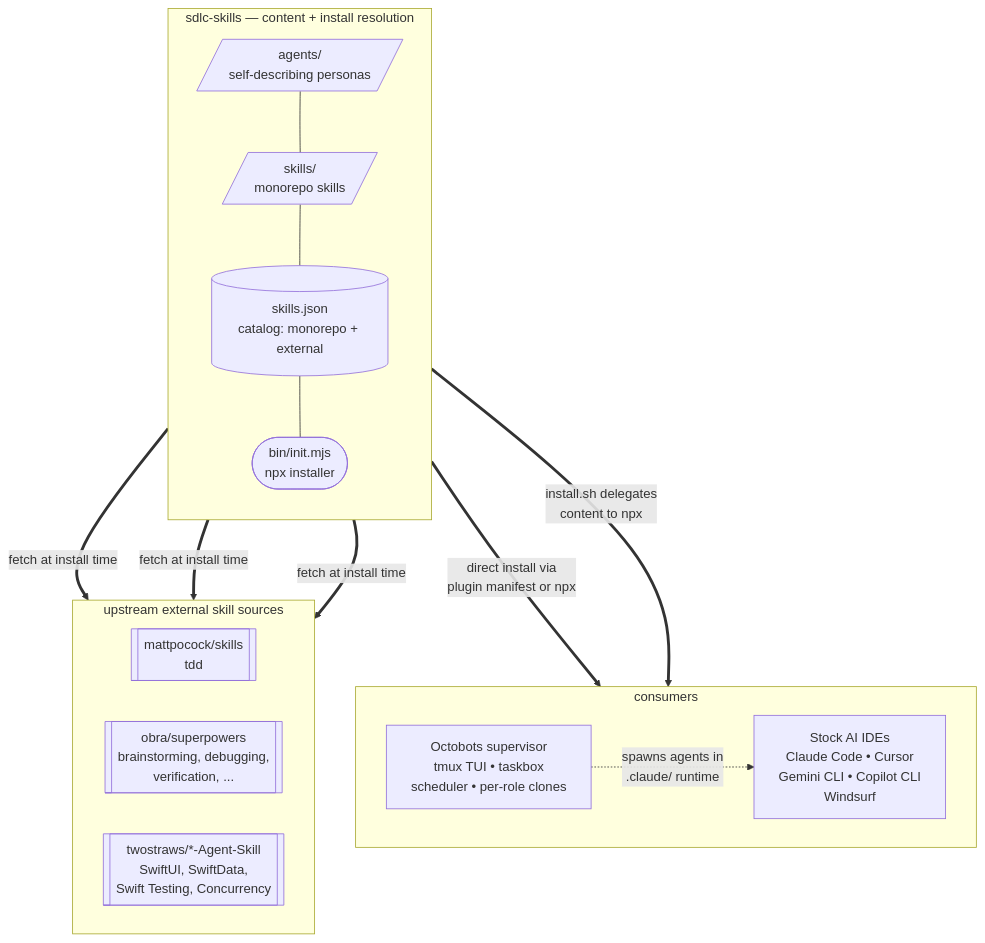
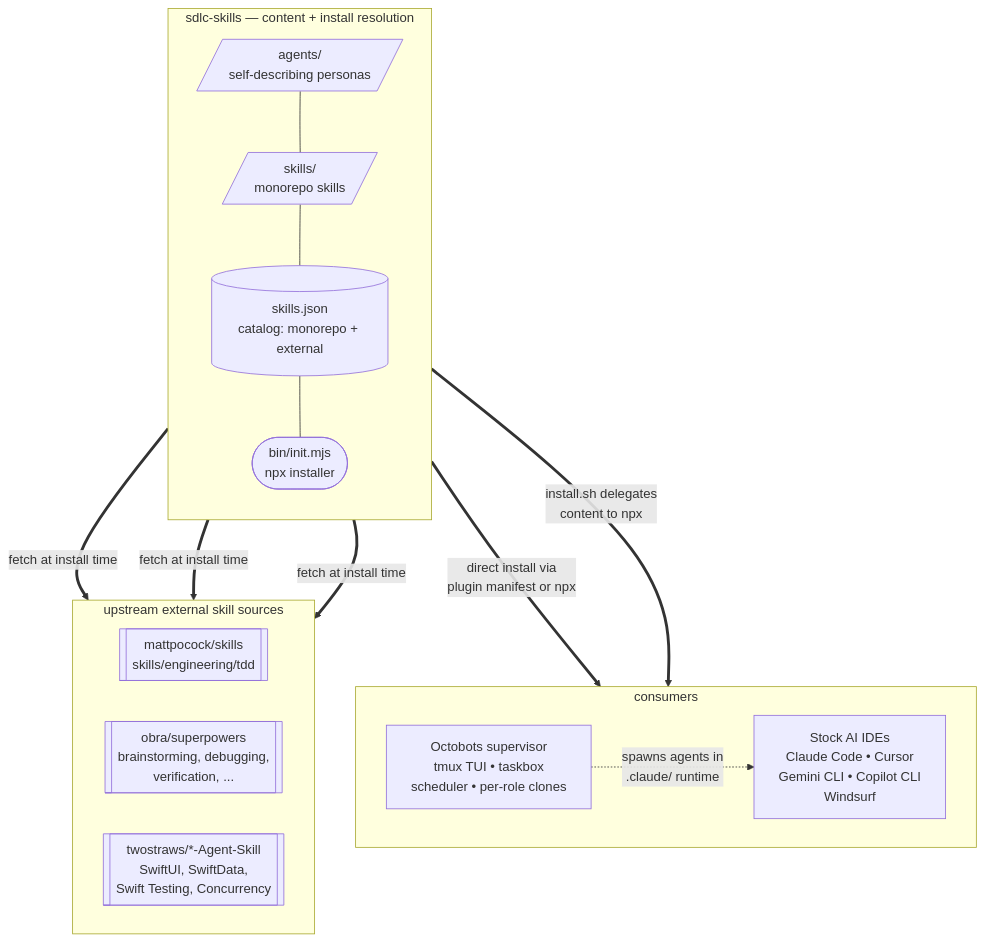
One commit to arozumenko/sdlc-skills changed the diagram in README.md. Above: the diagram before and after it, drawn with Mermaid. The commit also changed other lines of this file and 1 other file, not shown here.

First line of the commit message:
Fix tdd external-skill fetch: subdir moved to skills/engineering/tdd

````diff
--- a/README.md
+++ b/README.md
@@ -21,34 +21,34 @@
 ```mermaid
 flowchart TB
     subgraph sdlc["sdlc-skills — content + install resolution"]
         direction TB
         agents[/"agents/<br/>self-describing personas"/]
         skills[/"skills/<br/>monorepo skills"/]
         registry[("skills.json<br/>catalog: monorepo + external")]
         installer(["bin/init.mjs<br/>npx installer"])
         agents --- skills
         skills --- registry
         registry --- installer
     end
 
     subgraph consumers["consumers"]
         direction LR
         ides["Stock AI IDEs<br/>Claude Code • Cursor<br/>Gemini CLI • Copilot CLI<br/>Windsurf"]
         octobots["Octobots supervisor<br/>tmux TUI • taskbox<br/>scheduler • per-role clones"]
     end
 
     subgraph externals["upstream external skill sources"]
         direction LR
-        ext_matt[["mattpocock/skills<br/>tdd"]]
+        ext_matt[["mattpocock/skills<br/>skills/engineering/tdd"]]
         ext_obra[["obra/superpowers<br/>brainstorming, debugging,<br/>verification, ..."]]
         ext_tws[["twostraws/*-Agent-Skill<br/>SwiftUI, SwiftData,<br/>Swift Testing, Concurrency"]]
     end
 
     installer ==>|fetch at install time| ext_matt
     installer ==>|fetch at install time| ext_obra
     installer ==>|fetch at install time| ext_tws
 
     sdlc ==>|direct install via<br/>plugin manifest or npx| ides
     sdlc ==>|install.sh delegates<br/>content to npx| octobots
     octobots -.->|spawns agents in<br/>.claude/ runtime| ides
 ```
````
